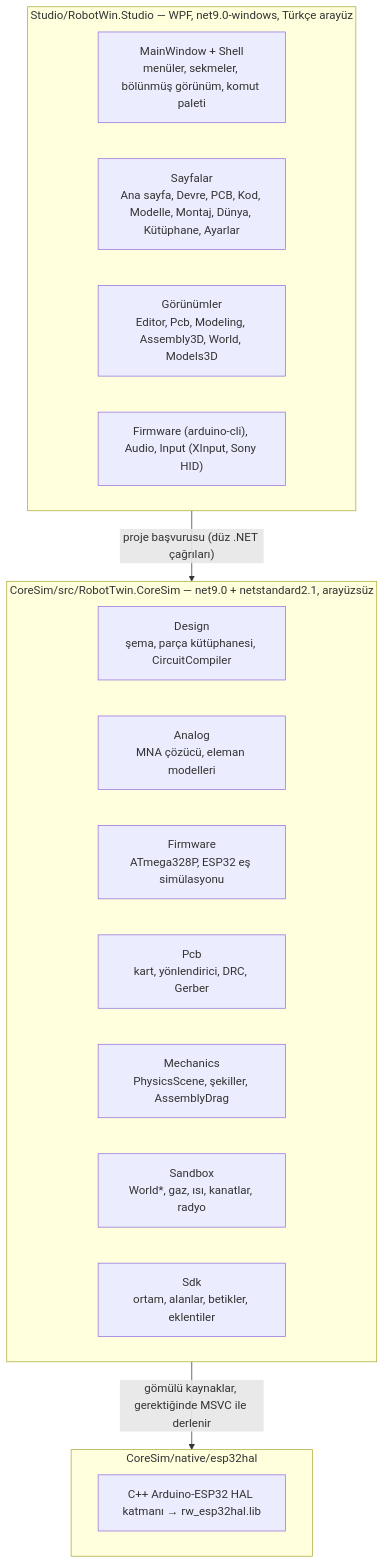
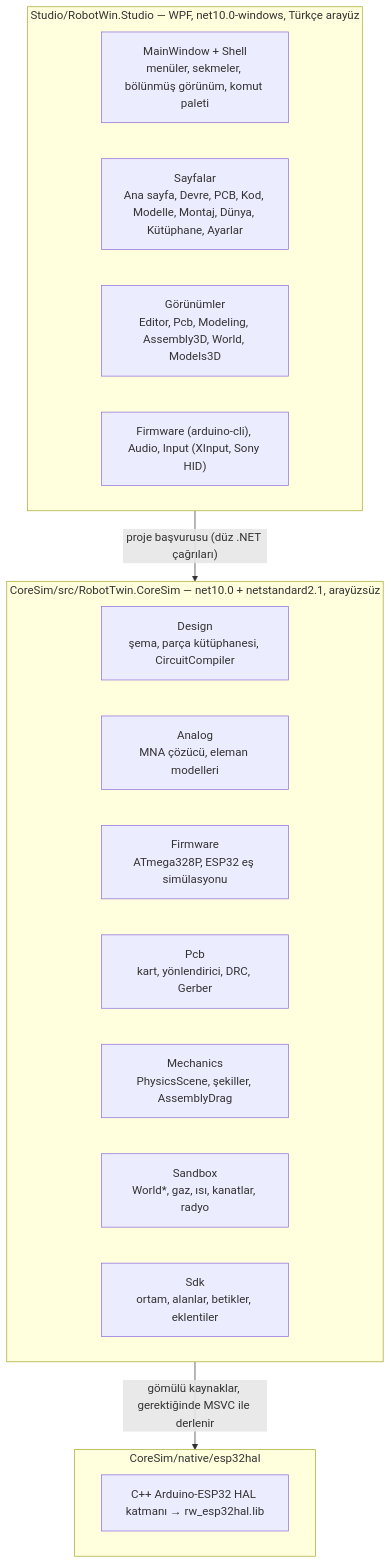
The first of 4 diagrams in docs/gelistirici/MIMARI.md (Kinin-Code-Offical/robotwin-studio), drawn with Mermaid before and after one commit. The commit also changed other lines of this file and 53 other files, not shown here.

````diff
--- a/docs/gelistirici/MIMARI.md
+++ b/docs/gelistirici/MIMARI.md
@@ -9,25 +9,25 @@
 ```mermaid
 flowchart TB
-    subgraph Studio["Studio/RobotWin.Studio — WPF, net9.0-windows, Türkçe arayüz"]
+    subgraph Studio["Studio/RobotWin.Studio — WPF, net10.0-windows, Türkçe arayüz"]
         direction LR
         SH["MainWindow + Shell<br/>menüler, sekmeler, bölünmüş görünüm, komut paleti"]
         PG["Sayfalar<br/>Ana sayfa, Devre, PCB, Kod, Modelle, Montaj, Dünya, Kütüphane, Ayarlar"]
         VW["Görünümler<br/>Editor, Pcb, Modeling, Assembly3D, World, Models3D"]
         IO["Firmware (arduino-cli), Audio, Input (XInput, Sony HID)"]
     end
-    subgraph Core["CoreSim/src/RobotTwin.CoreSim — net9.0 + netstandard2.1, arayüzsüz"]
+    subgraph Core["CoreSim/src/RobotTwin.CoreSim — net10.0 + netstandard2.1, arayüzsüz"]
         direction LR
         DS["Design<br/>şema, parça kütüphanesi, CircuitCompiler"]
         AN["Analog<br/>MNA çözücü, eleman modelleri"]
         FW["Firmware<br/>ATmega328P, ESP32 eş simülasyonu"]
         PC["Pcb<br/>kart, yönlendirici, DRC, Gerber"]
         ME["Mechanics<br/>PhysicsScene, şekiller, AssemblyDrag"]
         SB["Sandbox<br/>World*, gaz, ısı, kanatlar, radyo"]
         SD["Sdk<br/>ortam, alanlar, betikler, eklentiler"]
     end
     subgraph Native["CoreSim/native/esp32hal"]
         HAL["C++ Arduino-ESP32 HAL katmanı → rw_esp32hal.lib"]
     end
     Studio -- "proje başvurusu (düz .NET çağrıları)" --> Core
     Core -- "gömülü kaynaklar, gerektiğinde MSVC ile derlenir" --> Native
 ```
````
